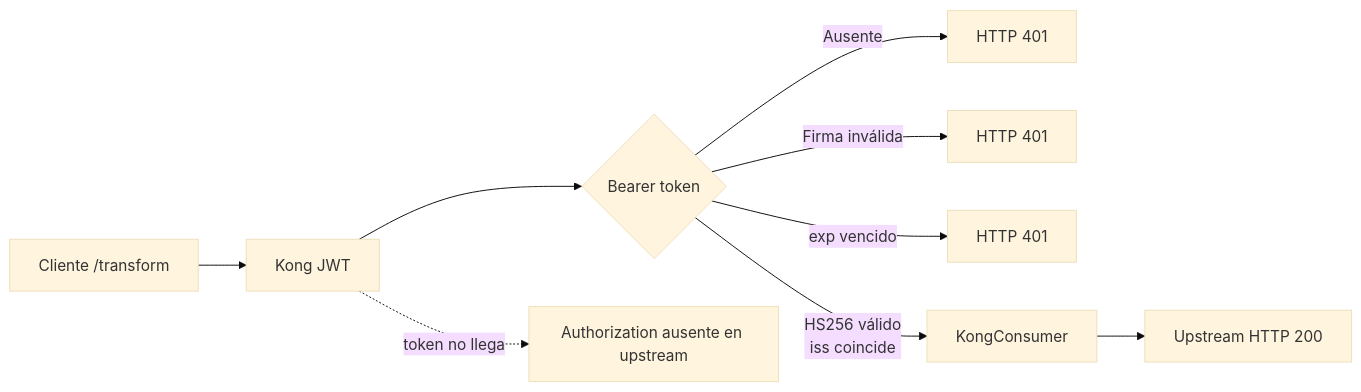
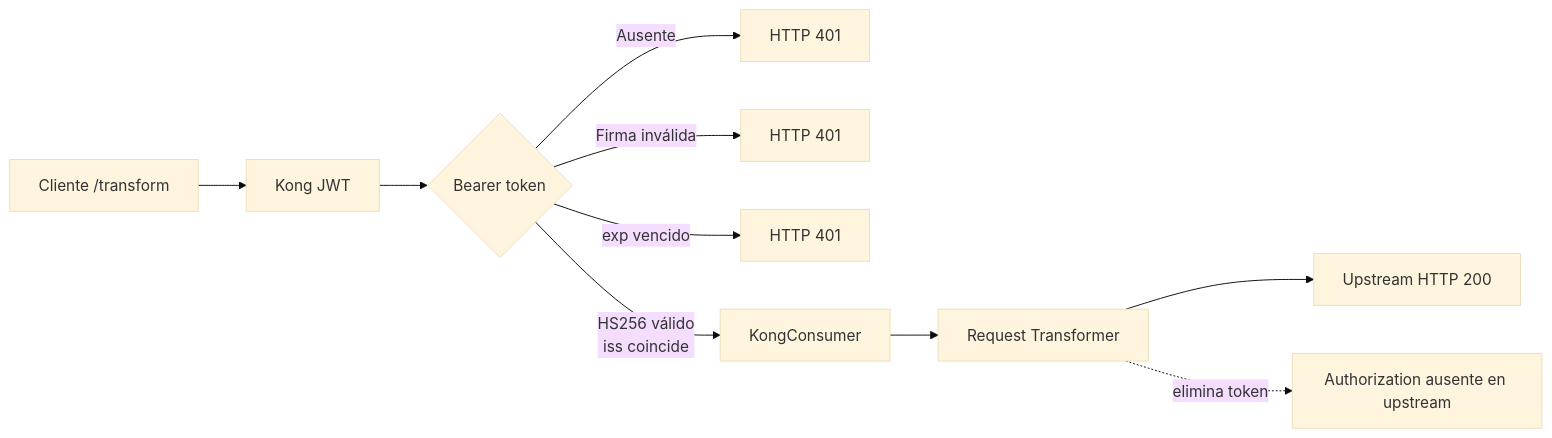
One commit to rubenito77/kong-community-crc-lab changed the first of 2 diagrams in docs/diagrams/jwt.md. Above: the diagram before and after it, drawn with Mermaid (base theme). The commit also changed other lines of this file, not shown here.

Commit message:
fix(jwt): strip Authorization before upstream

````diff
--- a/docs/diagrams/jwt.md
+++ b/docs/diagrams/jwt.md
@@ -3,11 +3,12 @@
 ```mermaid
 flowchart LR
   C[Cliente /transform] --> K[Kong JWT]
   K --> T{Bearer token}
   T -->|Ausente| E1[HTTP 401]
   T -->|Firma inválida| E2[HTTP 401]
   T -->|exp vencido| E3[HTTP 401]
   T -->|HS256 válido<br/>iss coincide| CO[KongConsumer]
-  CO --> U[Upstream HTTP 200]
-  K -. token no llega .-> X[Authorization ausente en upstream]
+  CO --> R[Request Transformer]
+  R --> U[Upstream HTTP 200]
+  R -. elimina token .-> X[Authorization ausente en upstream]
 ```
````
